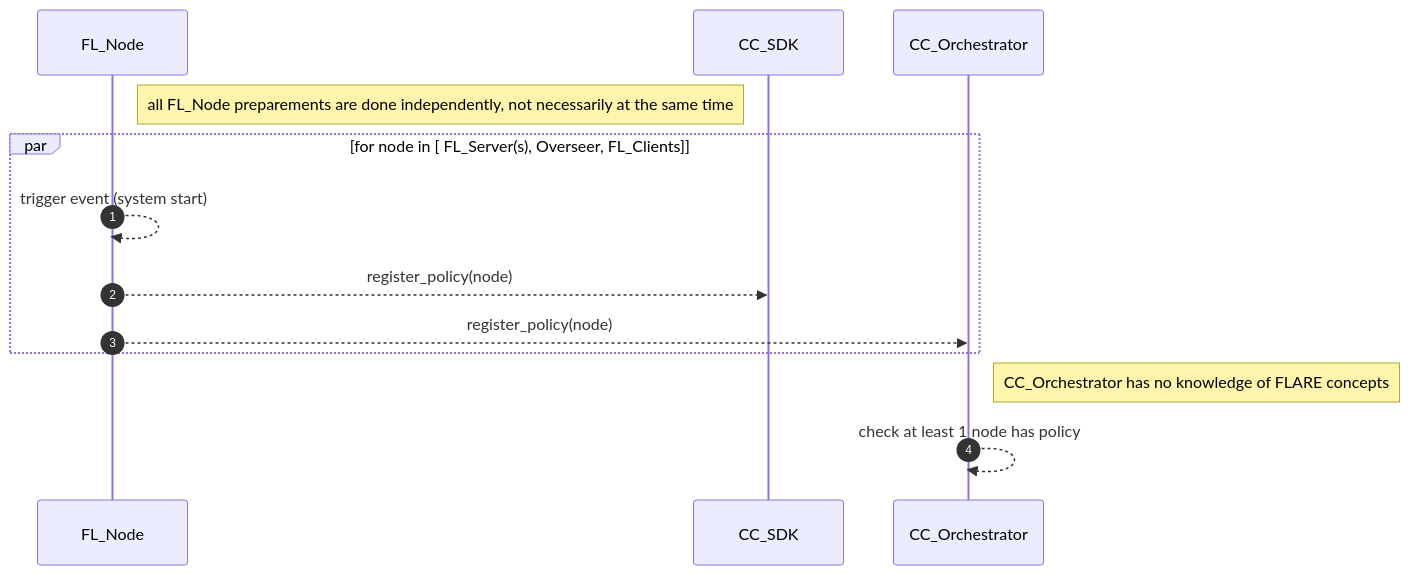
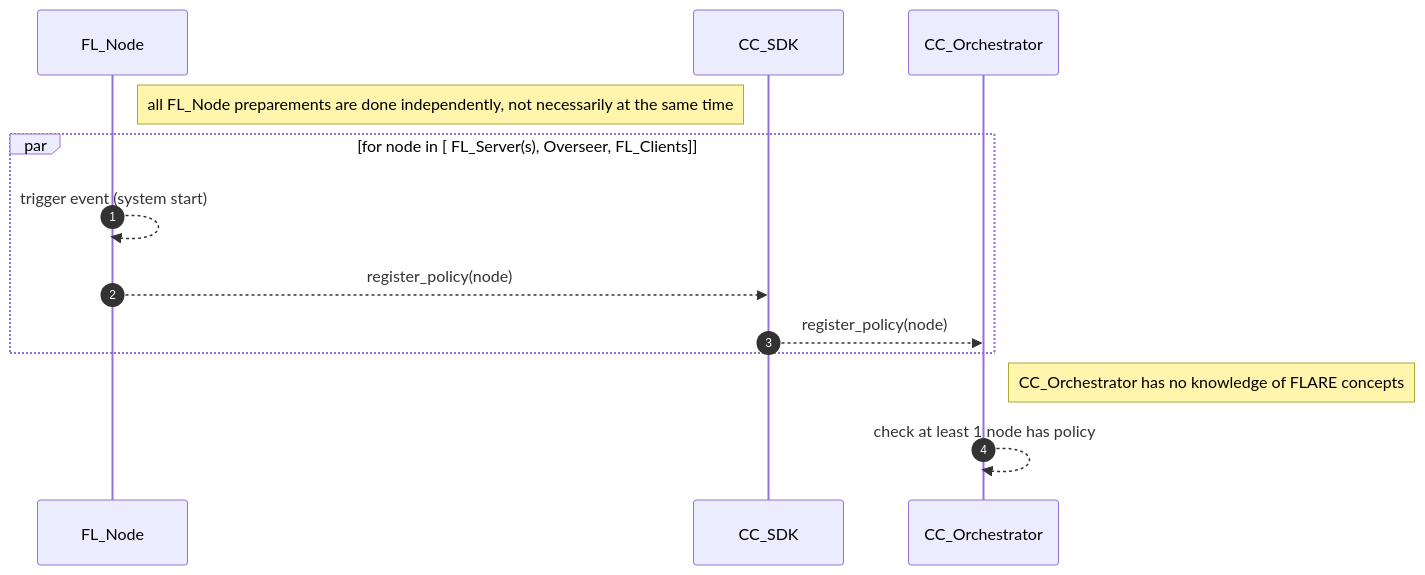
Before and after one commit to hitesh-ag1/NVFlare: the sixth of 13 diagrams in docs/confidential_computing/detailed_cc_sequence_diagram.md, drawn with Mermaid.

Commit message:
Sequence diagram for CC

````diff
--- a/docs/confidential_computing/detailed_cc_sequence_diagram.md
+++ b/docs/confidential_computing/detailed_cc_sequence_diagram.md
@@ -151,16 +151,16 @@
 ```mermaid
 sequenceDiagram
    autonumber
     participant FL_Node
     participant CC_SDK
     participant CC_Orchestrator
     note right of FL_Node : all FL_Node preparements are done independently, not necessarily at the same time
     par for node in [ FL_Server(s), Overseer, FL_Clients]
         FL_Node -->> FL_Node: trigger event (system start) 
         FL_Node -->> CC_SDK: register_policy(node)
-        FL_Node -->> CC_Orchestrator: register_policy(node)
+        CC_SDK -->> CC_Orchestrator: register_policy(node)
     end     
     Note right of CC_Orchestrator: CC_Orchestrator has no knowledge of FLARE concepts
     CC_Orchestrator -->> CC_Orchestrator: check at least 1 node has policy 
     
 ```
````
